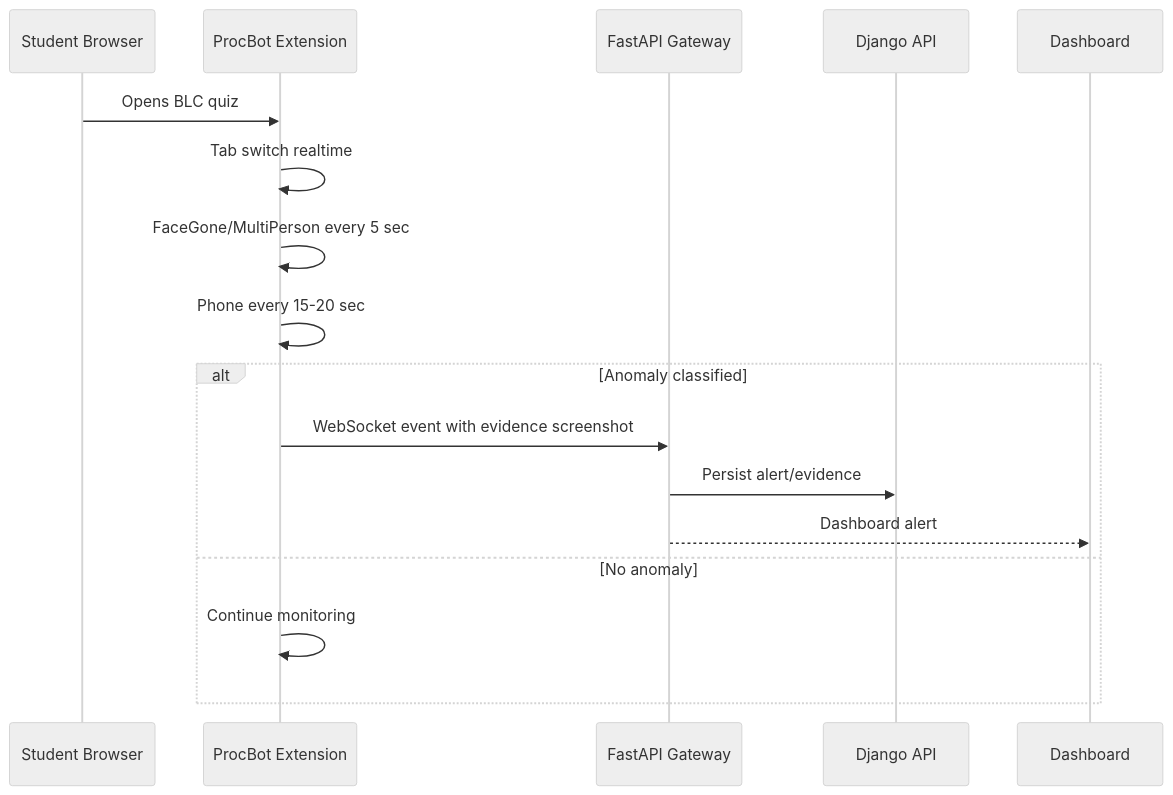
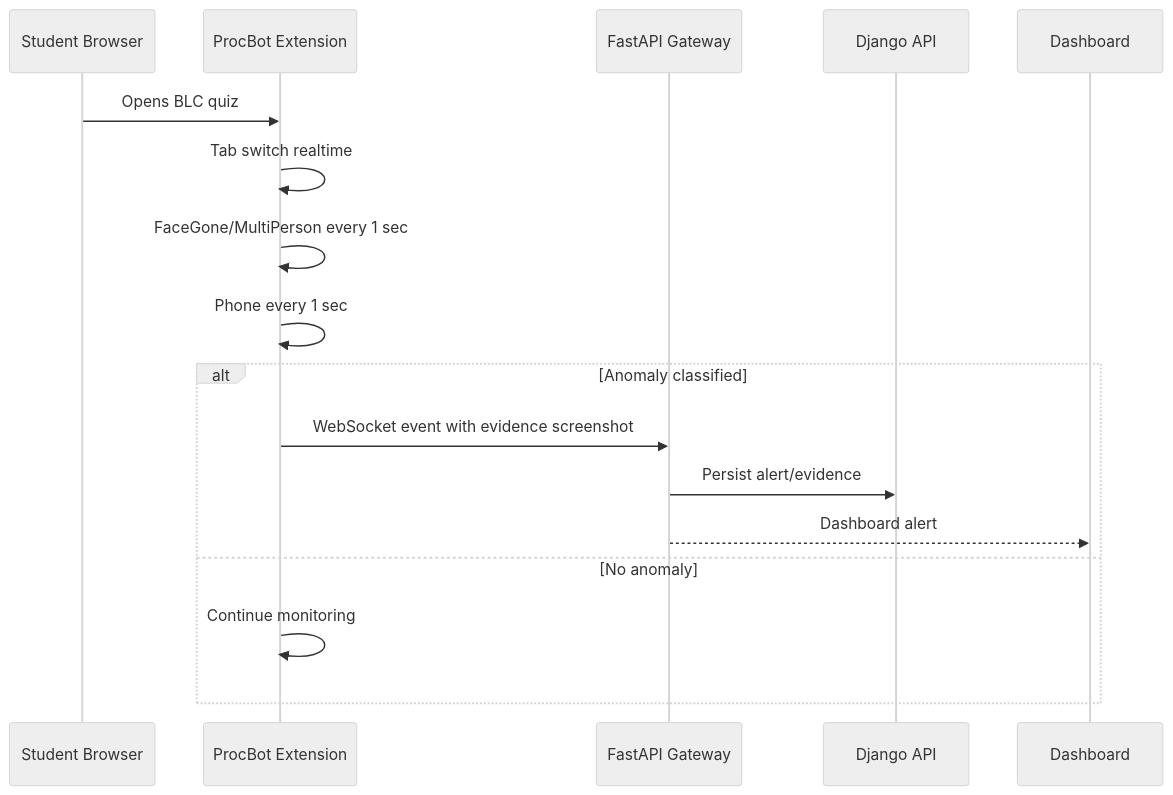
One commit to Hasib105/sightline changed the third of 3 diagrams in docs/product/03-system-architecture.md. Above: the diagram before and after it, drawn with Mermaid (neutral theme). The commit also changed other lines of this file and 8 other files, not shown here.

Commit message:
fix: update detection cadence to 1 second for face and phone detection

````diff
--- a/docs/product/03-system-architecture.md
+++ b/docs/product/03-system-architecture.md
@@ -78,20 +78,20 @@
 ```mermaid
 sequenceDiagram
     participant STU as Student Browser
     participant EXT as ProcBot Extension
     participant FAST as FastAPI Gateway
     participant API as Django API
     participant DASH as Dashboard
 
     STU->>EXT: Opens BLC quiz
     EXT->>EXT: Tab switch realtime
-    EXT->>EXT: FaceGone/MultiPerson every 5 sec
-    EXT->>EXT: Phone every 15-20 sec
+    EXT->>EXT: FaceGone/MultiPerson every 1 sec
+    EXT->>EXT: Phone every 1 sec
     alt Anomaly classified
         EXT->>FAST: WebSocket event with evidence screenshot
         FAST->>API: Persist alert/evidence
         FAST-->>DASH: Dashboard alert
     else No anomaly
         EXT->>EXT: Continue monitoring
     end
 ```
````
